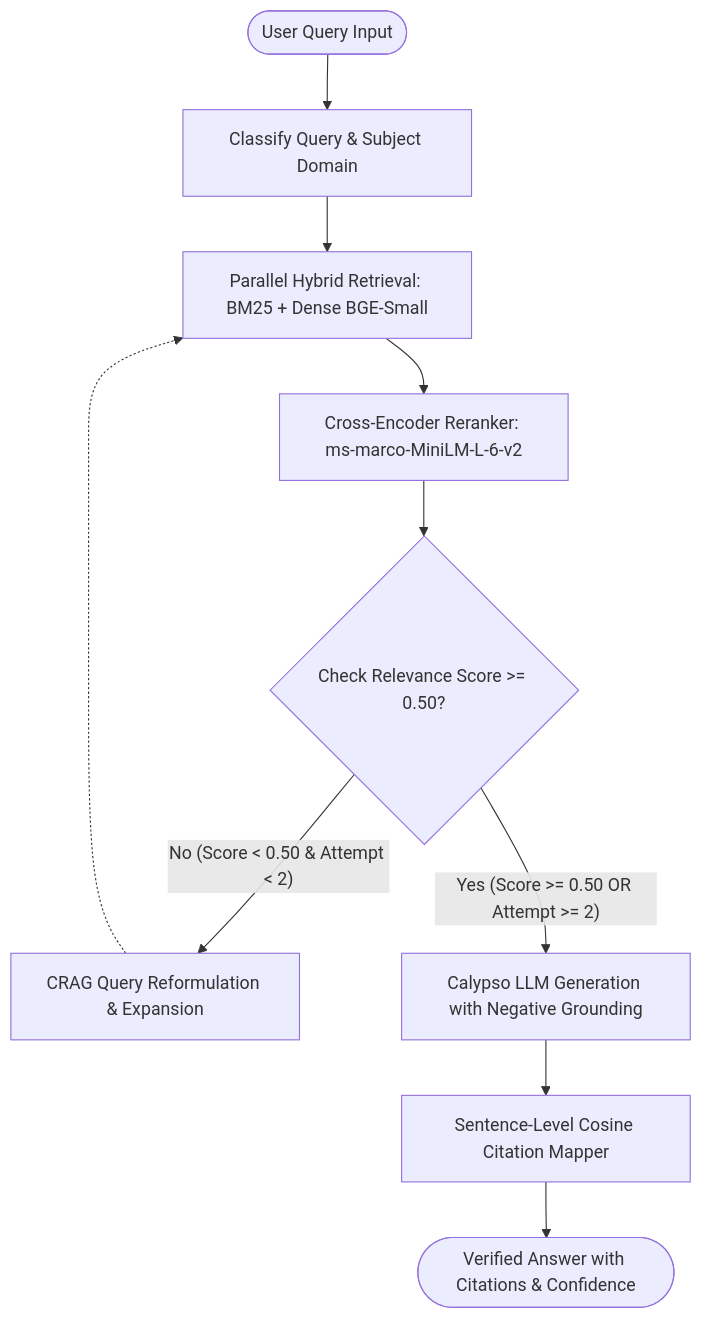
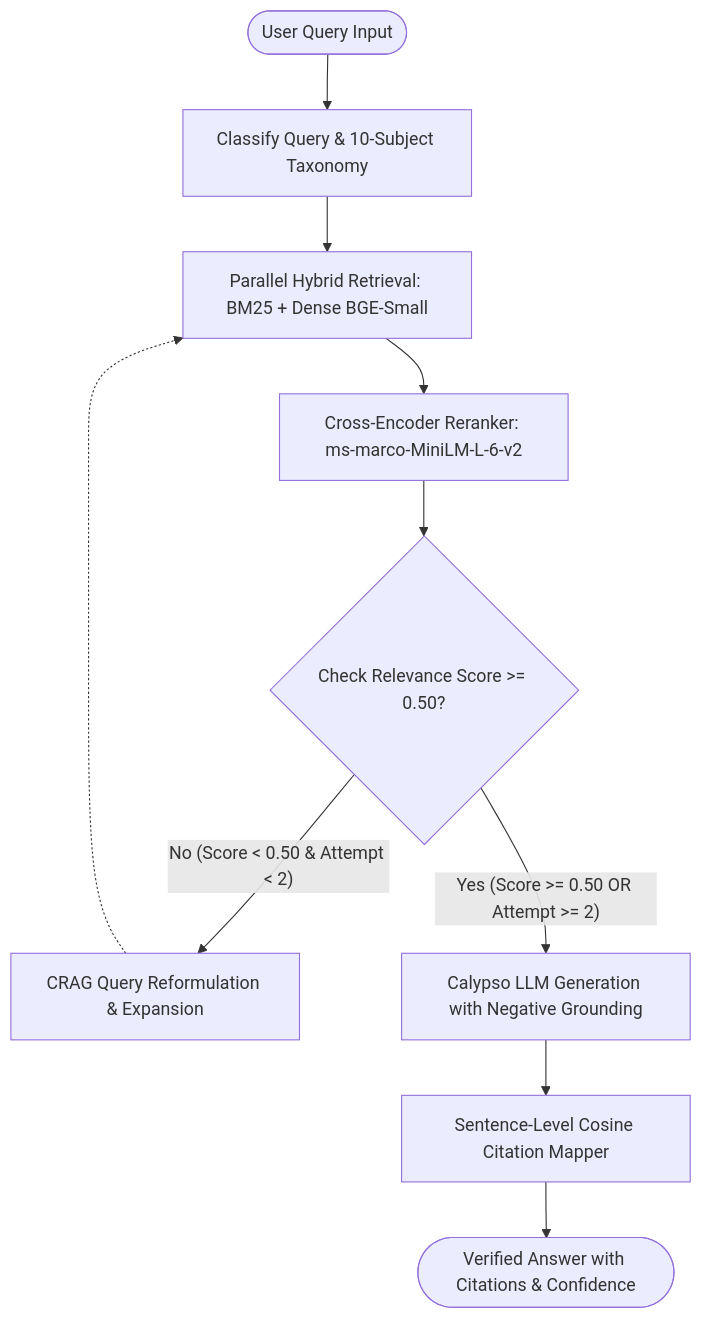
Before and after one commit to piyush23-eng/CALYPSO-RAG: the diagram in README.md, drawn with Mermaid. The commit also changed other lines of this file, not shown here.

````diff
--- a/README.md
+++ b/README.md
@@ -17,14 +20,15 @@
 ```mermaid
 flowchart TD
-    START([User Query Input]) --> Classify[Classify Query & Subject Domain]
+    START([User Query Input]) --> Classify[Classify Query & 10-Subject Taxonomy]
     Classify --> Retrieve[Parallel Hybrid Retrieval: BM25 + Dense BGE-Small]
     Retrieve --> Rerank[Cross-Encoder Reranker: ms-marco-MiniLM-L-6-v2]
-    Rerank --> RelevanceCheck{Check Relevance Score >= 0.50?}
+    RelevanceCheck{Check Relevance Score >= 0.50?}
+    Rerank --> RelevanceCheck
     
     RelevanceCheck -- "No (Score < 0.50 & Attempt < 2)" --> Reformulate[CRAG Query Reformulation & Expansion]
     Reformulate -.-> Retrieve
     
     RelevanceCheck -- "Yes (Score >= 0.50 OR Attempt >= 2)" --> Generate[Calypso LLM Generation with Negative Grounding]
     Generate --> Citations[Sentence-Level Cosine Citation Mapper]
     Citations --> END([Verified Answer with Citations & Confidence])
 ```
````
